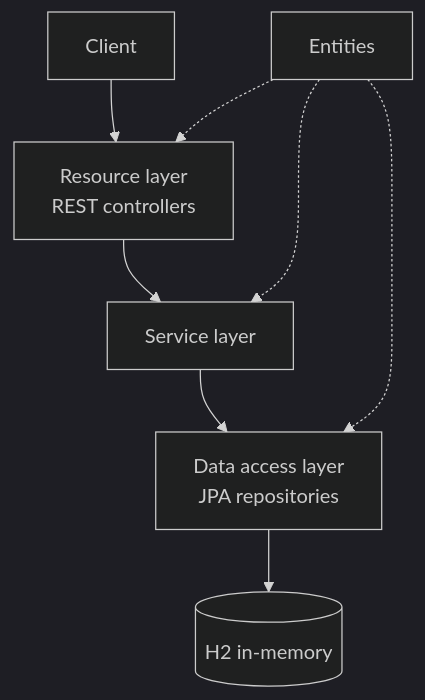
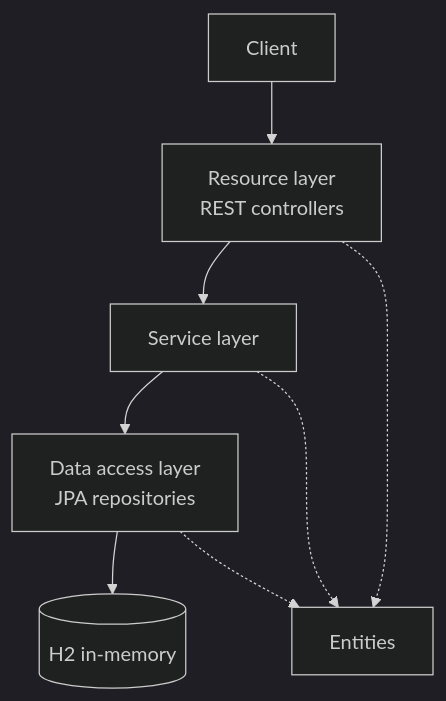
Before and after one commit to nathan00pdl/spring-boot-sales-order-api: the second of 2 diagrams in README.md, drawn with Mermaid (dark theme).

Commit message:
docs: point the layer arrows at the entities they use

````diff
--- a/README.md
+++ b/README.md
@@ -77,10 +77,10 @@
 ```mermaid
 flowchart TD
     Client[Client] --> R["Resource layer<br/>REST controllers"]
     R --> S[Service layer]
     S --> D["Data access layer<br/>JPA repositories"]
     D --> DB[("H2 in-memory")]
-    E[Entities] -.-> R
-    E -.-> S
-    E -.-> D
+    R -.-> E[Entities]
+    S -.-> E
+    D -.-> E
 ```
````
